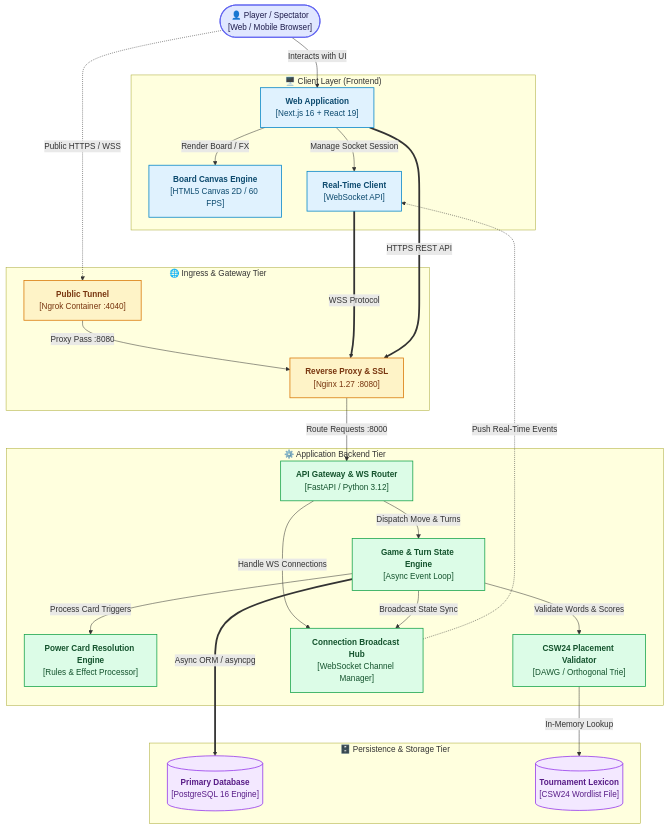
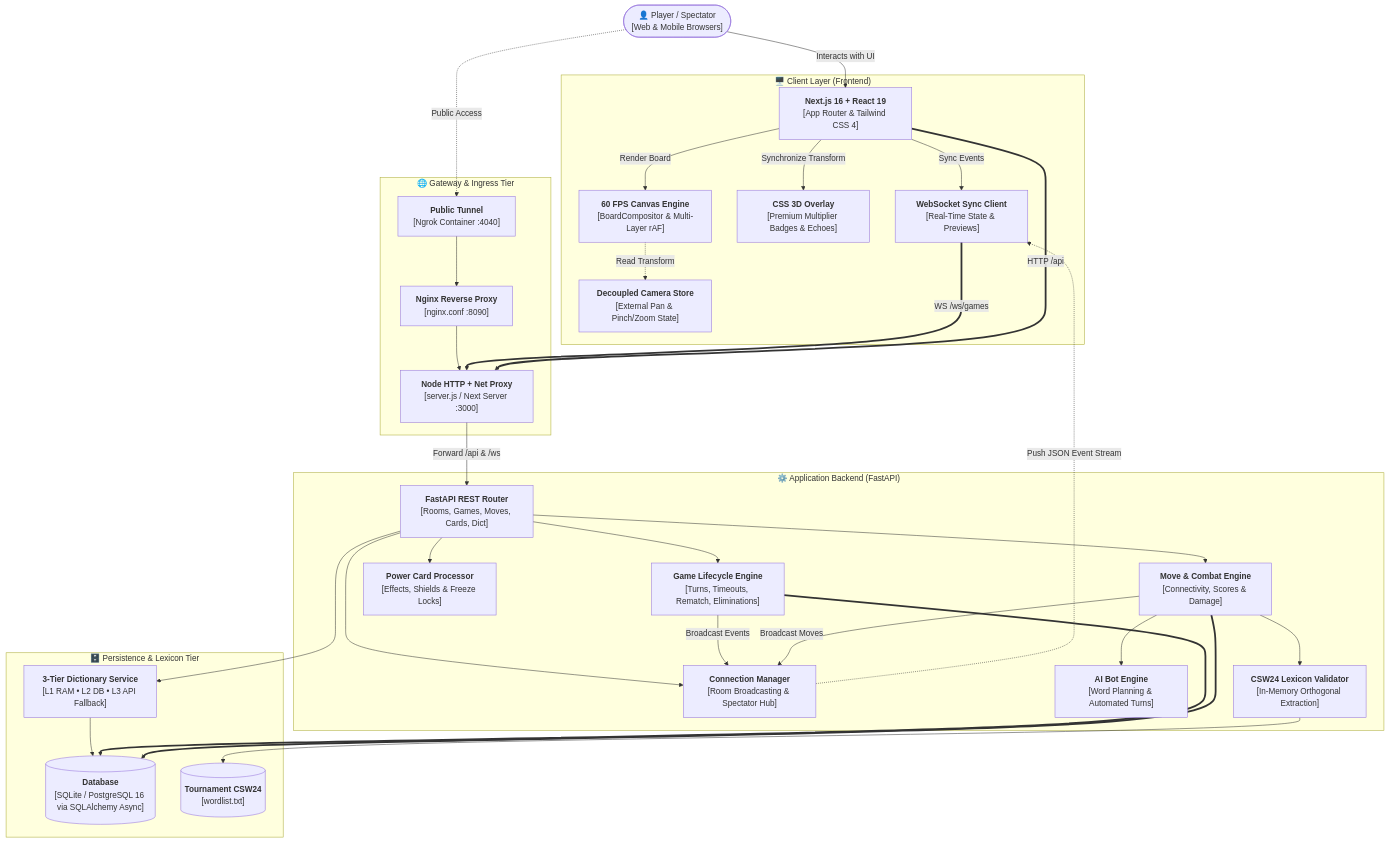
One commit to Cell1991/crossword-game changed the first of 2 diagrams in README.md. Above: the diagram before and after it, drawn with Mermaid. The commit also changed other lines of this file, not shown here.

````diff
--- a/README.md
+++ b/README.md
@@ -142,66 +181,68 @@
 ```mermaid
 graph TB
     %% Actors
-    User(["👤 Player / Spectator<br/>[Web / Mobile Browser]"])
+    User(["👤 Player / Spectator<br/>[Web & Mobile Browsers]"])
 
     %% Subgraphs
     subgraph Client["🖥️ Client Layer (Frontend)"]
-        UI["<b>Web Application</b><br/>[Next.js 16 + React 19]"]
-        Canvas["<b>Board Canvas Engine</b><br/>[HTML5 Canvas 2D / 60 FPS]"]
-        WSClient["<b>Real-Time Client</b><br/>[WebSocket API]"]
+        UI["<b>Next.js 16 + React 19</b><br/>[App Router & Tailwind CSS 4]"]
+        CanvasEngine["<b>60 FPS Canvas Engine</b><br/>[BoardCompositor & Multi-Layer rAF]"]
+        Overlay["<b>CSS 3D Overlay</b><br/>[Premium Multiplier Badges & Echoes]"]
+        CameraStore["<b>Decoupled Camera Store</b><br/>[External Pan & Pinch/Zoom State]"]
+        WSClient["<b>WebSocket Sync Client</b><br/>[Real-Time State & Previews]"]
     end
 
-    subgraph Gateway["🌐 Ingress & Gateway Tier"]
-        Ngrok["<b>Public Tunnel</b><br/>[Ngrok Container :4040]"]
-        Nginx["<b>Reverse Proxy & SSL</b><br/>[Nginx 1.27 :8080]"]
+    subgraph ProxyTier["🌐 Gateway & Ingress Tier"]
+        CustomServer["<b>Node HTTP + Net Proxy</b><br/>[server.js / Next Server :3000]"]
+        Gateway["<b>Nginx Reverse Proxy</b><br/>[nginx.conf :8090]"]
+        Tunnel["<b>Public Tunnel</b><br/>[Ngrok Container :4040]"]
     end
 
-    subgraph Backend["⚙️ Application Backend Tier"]
-        API["<b>API Gateway & WS Router</b><br/>[FastAPI / Python 3.12]"]
-        GameEngine["<b>Game & Turn State Engine</b><br/>[Async Event Loop]"]
-        CardService["<b>Power Card Resolution Engine</b><br/>[Rules & Effect Processor]"]
-        Validator["<b>CSW24 Placement Validator</b><br/>[DAWG / Orthogonal Trie]"]
-        WSHub["<b>Connection Broadcast Hub</b><br/>[WebSocket Channel Manager]"]
+    subgraph BackendTier["⚙️ Application Backend (FastAPI)"]
+        APIRouter["<b>FastAPI REST Router</b><br/>[Rooms, Games, Moves, Cards, Dict]"]
+        WSHub["<b>Connection Manager</b><br/>[Room Broadcasting & Spectator Hub]"]
+        GameService["<b>Game Lifecycle Engine</b><br/>[Turns, Timeouts, Rematch, Eliminations]"]
+        MoveService["<b>Move & Combat Engine</b><br/>[Connectivity, Scores & Damage]"]
+        CardService["<b>Power Card Processor</b><br/>[Effects, Shields & Freeze Locks]"]
+        BotService["<b>AI Bot Engine</b><br/>[Word Planning & Automated Turns]"]
+        RuleEngine["<b>CSW24 Lexicon Validator</b><br/>[In-Memory Orthogonal Extraction]"]
     end
 
-    subgraph Data["🗄️ Persistence & Storage Tier"]
-        DB[("<b>Primary Database</b><br/>[PostgreSQL 16 Engine]")]
-        Lexicon[("<b>Tournament Lexicon</b><br/>[CSW24 Wordlist File]")]
+    subgraph DataTier["🗄️ Persistence & Lexicon Tier"]
+        DB[("<b>Database</b><br/>[SQLite / PostgreSQL 16 via SQLAlchemy Async]")]
+        DictService["<b>3-Tier Dictionary Service</b><br/>[L1 RAM &bull; L2 DB &bull; L3 API Fallback]"]
+        Lexicon[("<b>Tournament CSW24</b><br/>[wordlist.txt]")]
     end
 
-    %% Flow Relationships
+    %% Wiring
     User -->|Interacts with UI| UI
-    UI -->|Render Board / FX| Canvas
-    UI -->|Manage Socket Session| WSClient
+    UI -->|Render Board| CanvasEngine
+    UI -->|Synchronize Transform| Overlay
+    CanvasEngine -.->|Read Transform| CameraStore
+    UI -->|Sync Events| WSClient
 
-    User -.->|Public HTTPS / WSS| Ngrok
-    Ngrok -->|Proxy Pass :8080| Nginx
-    WSClient ===>|WSS Protocol| Nginx
-    UI ===>|HTTPS REST API| Nginx
+    User -.->|Public Access| Tunnel
+    Tunnel --> Gateway
+    Gateway --> CustomServer
+    WSClient ===>|WS /ws/games| CustomServer
+    UI ===>|HTTP /api| CustomServer
 
-    Nginx -->|Route Requests :8000| API
-    API -->|Dispatch Move & Turns| GameEngine
-    API -->|Handle WS Connections| WSHub
+    CustomServer -->|Forward /api & /ws| APIRouter
+    APIRouter --> GameService
+    APIRouter --> MoveService
+    APIRouter --> CardService
+    APIRouter --> DictService
+    APIRouter --> WSHub
 
-    GameEngine -->|Process Card Triggers| CardService
-    GameEngine -->|Validate Words & Scores| Validator
-    Validator -->|In-Memory Lookup| Lexicon
+    MoveService --> RuleEngine
+    MoveService --> BotService
+    RuleEngine --> Lexicon
 
-    GameEngine -->|Broadcast State Sync| WSHub
-    WSHub -.->|Push Real-Time Events| WSClient
+    DictService --> DB
+    GameService ===> DB
+    MoveService ===> DB
 
-    GameEngine ===>|Async ORM / asyncpg| DB
-
-    %% Clean Minimalist Styling Scheme
-    classDef actorStyle fill:#e0e7ff,stroke:#6366f1,stroke-width:2px,color:#1e1b4b;
-    classDef clientStyle fill:#e0f2fe,stroke:#0284c7,stroke-width:1.5px,color:#0c4a6e;
-    classDef gatewayStyle fill:#fef3c7,stroke:#d97706,stroke-width:1.5px,color:#78350f;
-    classDef backendStyle fill:#dcfce7,stroke:#16a34a,stroke-width:1.5px,color:#14532d;
-    classDef dataStyle fill:#f3e8ff,stroke:#9333ea,stroke-width:1.5px,color:#581c87;
-
-    class User actorStyle;
-    class UI,Canvas,WSClient clientStyle;
-    class Ngrok,Nginx gatewayStyle;
-    class API,GameEngine,CardService,Validator,WSHub backendStyle;
-    class DB,Lexicon dataStyle;
+    GameService -->|Broadcast Events| WSHub
+    MoveService -->|Broadcast Moves| WSHub
+    WSHub -.->|Push JSON Event Stream| WSClient
 ```
````
